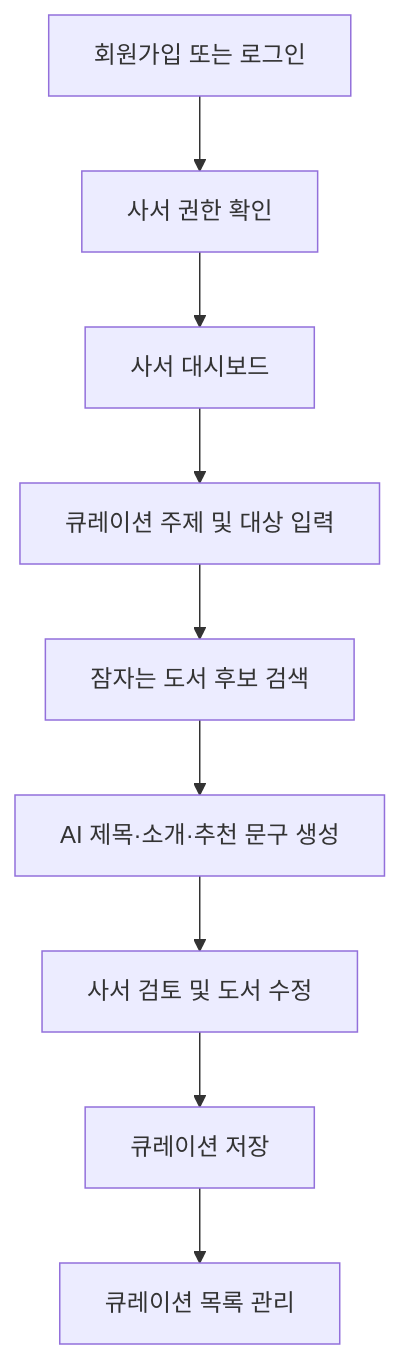
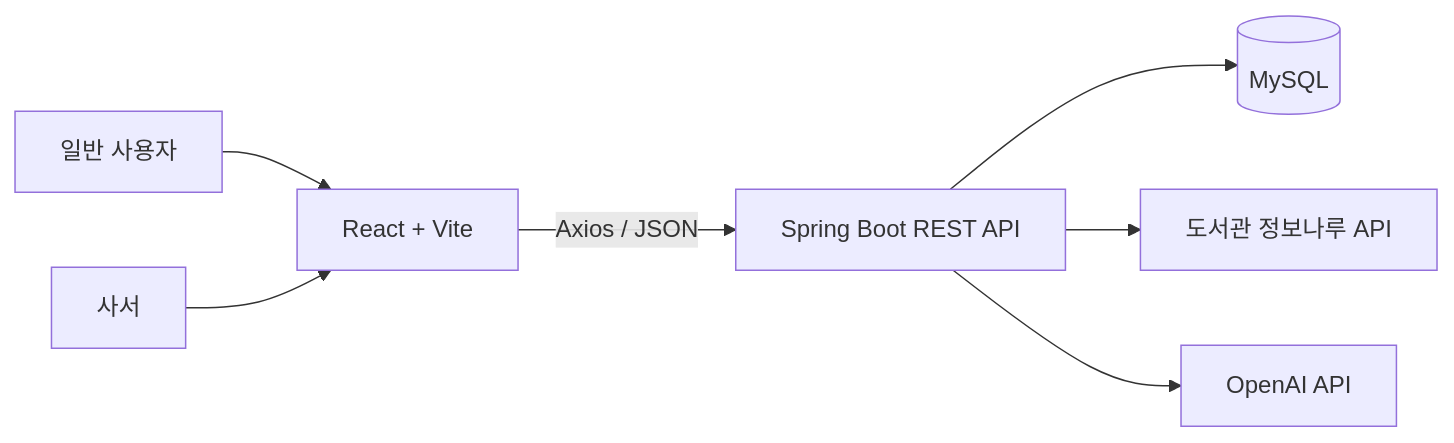
The second of 2 diagrams in docs/README.md (2026-PNU-AI-StudyGroup/2026-pnuai-studygroup-03), drawn with Mermaid before and after one commit. The commit also changed other lines of this file and 14 other files, not shown here.

````diff
--- a/docs/README.md
+++ b/docs/README.md
@@ -186,11 +99,9 @@
 ```mermaid
-flowchart TD
-    A[회원가입 또는 로그인] --> B[사서 권한 확인]
-    B --> C[사서 대시보드]
-    C --> D[큐레이션 주제 및 대상 입력]
-    D --> E[잠자는 도서 후보 검색]
-    E --> F[AI 제목·소개·추천 문구 생성]
-    F --> G[사서 검토 및 도서 수정]
-    G --> H[큐레이션 저장]
-    H --> I[큐레이션 목록 관리]
+flowchart LR
+  U[일반 사용자] --> FE[React + Vite]
+  L[사서] --> FE
+  FE -->|Axios / JSON| BE[Spring Boot REST API]
+  BE --> DB[(MySQL)]
+  BE --> LIB[도서관 정보나루 API]
+  BE --> AI[OpenAI API]
 ```
````
